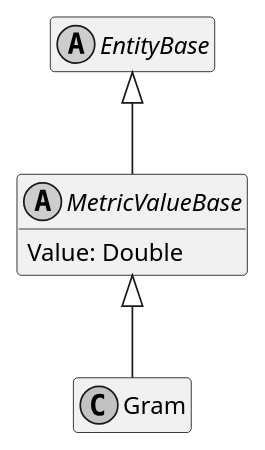
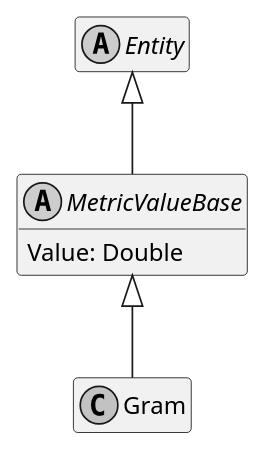
One commit to ObiWanLansi/DoofesZeug changed the diagram in Documentation/Generated/Models/DoofesZeug.Models.Science.Base.Weight/Gram.puml. Above: the diagram before and after it, drawn with PlantUML. The commit also changed 114 other files, not shown here.

Commit message:
Rename EnitityBase To Entity

```diff
--- a/Documentation/Generated/Models/DoofesZeug.Models.Science.Base.Weight/Gram.puml
+++ b/Documentation/Generated/Models/DoofesZeug.Models.Science.Base.Weight/Gram.puml
@@ -1,19 +1,19 @@
 @startuml
 skinparam monochrome true
 hide empty members
 
-abstract class EntityBase {
+abstract class Entity {
 }
 
-EntityBase <|-- MetricValueBase
+Entity <|-- MetricValueBase
 
 abstract class MetricValueBase {
     Value: Double
 }
 
 MetricValueBase <|-- Gram
 
 class Gram {
 }
 
 @enduml
```
